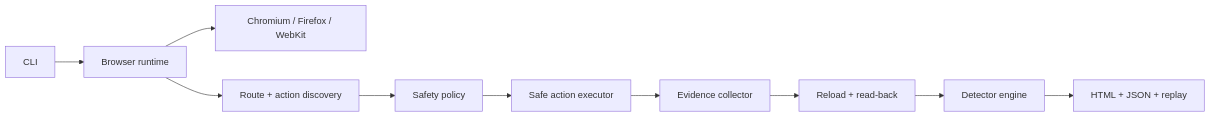
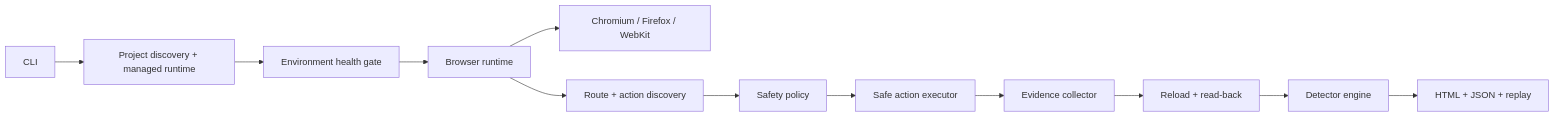
One commit to datzle123/RealDone changed the diagram in README.md. Above: the diagram before and after it, drawn with Mermaid. The commit also changed other lines of this file and 7 other files, not shown here.

````diff
--- a/README.md
+++ b/README.md
@@ -151,12 +176,14 @@
 ```mermaid
 flowchart LR
-  CLI["CLI"] --> Runtime["Browser runtime"]
+  CLI["CLI"] --> Manager["Project discovery + managed runtime"]
+  Manager --> Health["Environment health gate"]
+  Health --> Runtime["Browser runtime"]
   Runtime --> Engines["Chromium / Firefox / WebKit"]
   Runtime --> Discovery["Route + action discovery"]
   Discovery --> Policy["Safety policy"]
   Policy --> Executor["Safe action executor"]
   Executor --> Evidence["Evidence collector"]
   Evidence --> Persistence["Reload + read-back"]
   Persistence --> Detectors["Detector engine"]
   Detectors --> Reports["HTML + JSON + replay"]
 ```
````
